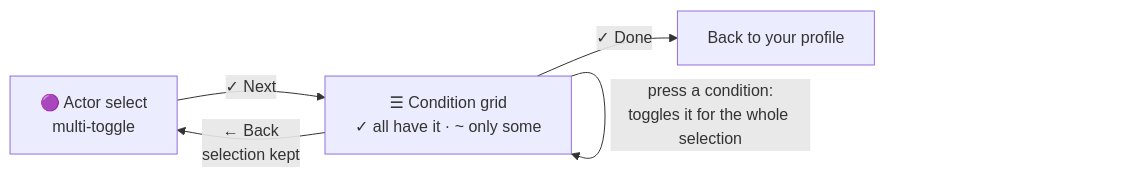
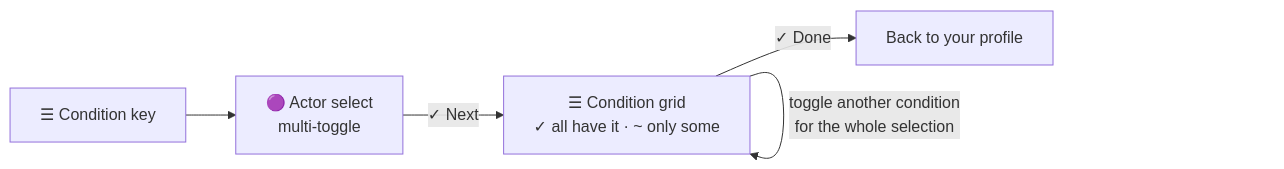
One commit to Lil-Dank/DnD-Combat-Tracker changed the second of 5 diagrams in README.md. Above: the diagram before and after it, drawn with Mermaid. The commit also changed other lines of this file, not shown here.

First line of the commit message:
README: simplify the Stream Deck flow diagrams

````diff
--- a/README.md
+++ b/README.md
@@ -436,7 +434,7 @@
 ```mermaid
 flowchart LR
-    A["🟣 Actor select<br/>multi-toggle"] -->|"✓ Next"| C["☰ Condition grid<br/>✓ all have it · ~ only some"]
-    C -->|"press a condition:<br/>toggles it for the whole selection"| C
-    C -->|"← Back<br/>selection kept"| A
+    K["☰ Condition key"] --> A["🟣 Actor select<br/>multi-toggle"]
+    A -->|"✓ Next"| C["☰ Condition grid<br/>✓ all have it · ~ only some"]
+    C -->|"toggle another condition<br/>for the whole selection"| C
     C -->|"✓ Done"| X["Back to your profile"]
 ```
````
